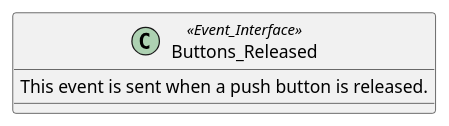
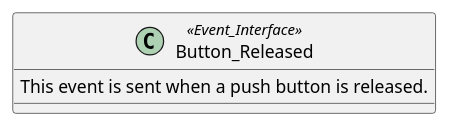
One commit to HomeMadeBots/Button_Events changed the diagram in doc/Button_Released.iuml. Above: the diagram before and after it, drawn with PlantUML.

```diff
--- a/doc/Button_Released.iuml
+++ b/doc/Button_Released.iuml
@@ -1,8 +1,8 @@
 @startuml
 
-class Buttons_Released <<Event_Interface>>
+class Button_Released <<Event_Interface>>
 {
   This event is sent when a push button is released.
 }
 
 @enduml
```
